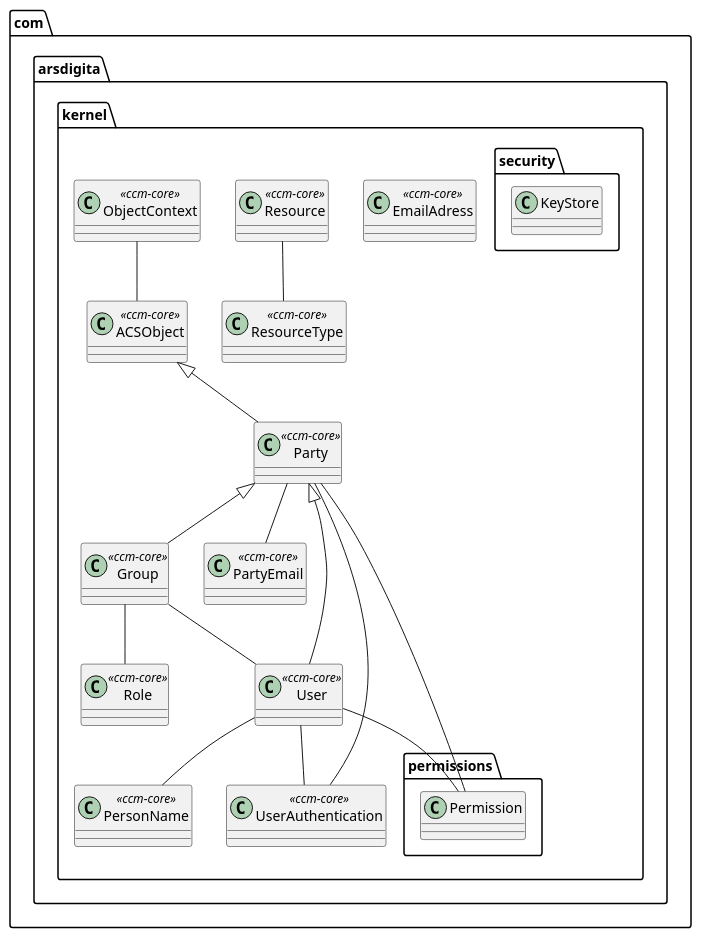
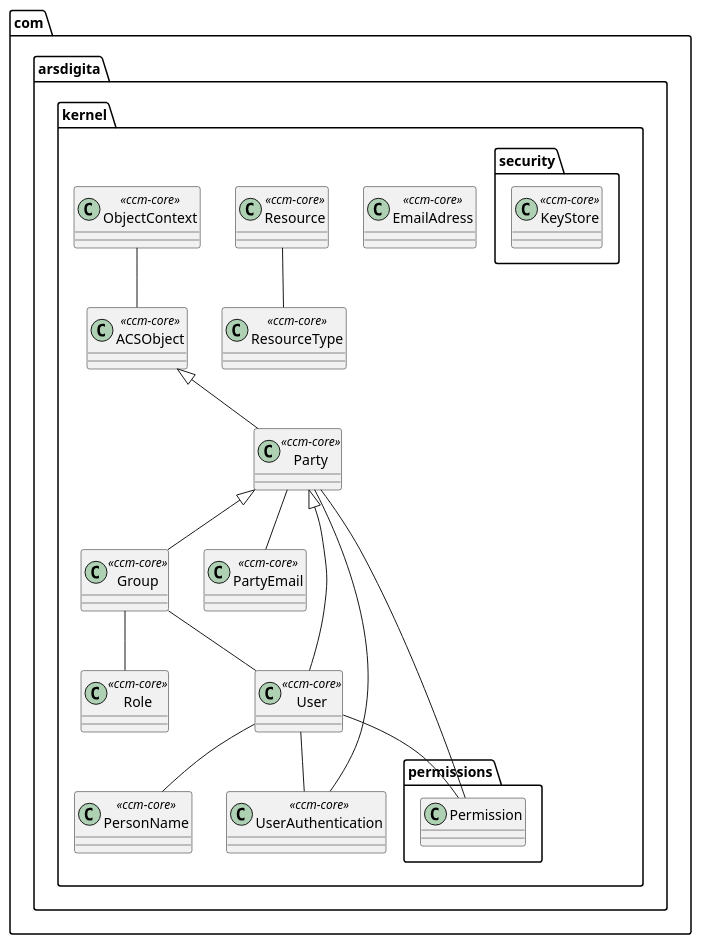
One commit to libreccm/ccm changed the diagram in doc/ccm-core/com.arsdigita.kernel.iuml. Above: the diagram before and after it, drawn with PlantUML. The commit also changed 22 other files, not shown here.

Commit message:
Spliting the large UML diagram into smaller parts

```diff
--- a/doc/ccm-core/com.arsdigita.kernel.iuml
+++ b/doc/ccm-core/com.arsdigita.kernel.iuml
@@ -1,35 +1,35 @@
 namespace com.arsdigita.kernel {
 
     class ACSObject <<ccm-core>>
     class EmailAdress <<ccm-core>>
     class Group <<ccm-core>>
     class Party <<ccm-core>>
     class PartyEmail <<ccm-core>>
     class PersonName <<ccm-core>>
     class ResourceType <<ccm-core>>
     class Resource <<ccm-core>>
     class Role <<ccm-core>>
     class ObjectContext <<ccm-core>>
     class User <<ccm-core>>
     class UserAuthentication <<ccm-core>>
 
     ACSObject <|-- Party
     Party <|-- Group
     Party <|-- User
 
     Group -- User
     Group -- Role
     ObjectContext -- ACSObject
     Party -- PartyEmail
     Party -- com.arsdigita.kernel.permissions.Permission
     Party -- UserAuthentication
     Resource -- ResourceType
     User -- com.arsdigita.kernel.permissions.Permission
     User -- PersonName
     User -- UserAuthentication
 
 }
 
 namespace com.arsdigita.kernel.security {
-        class KeyStore
+        class KeyStore <<ccm-core>>
 }
```
